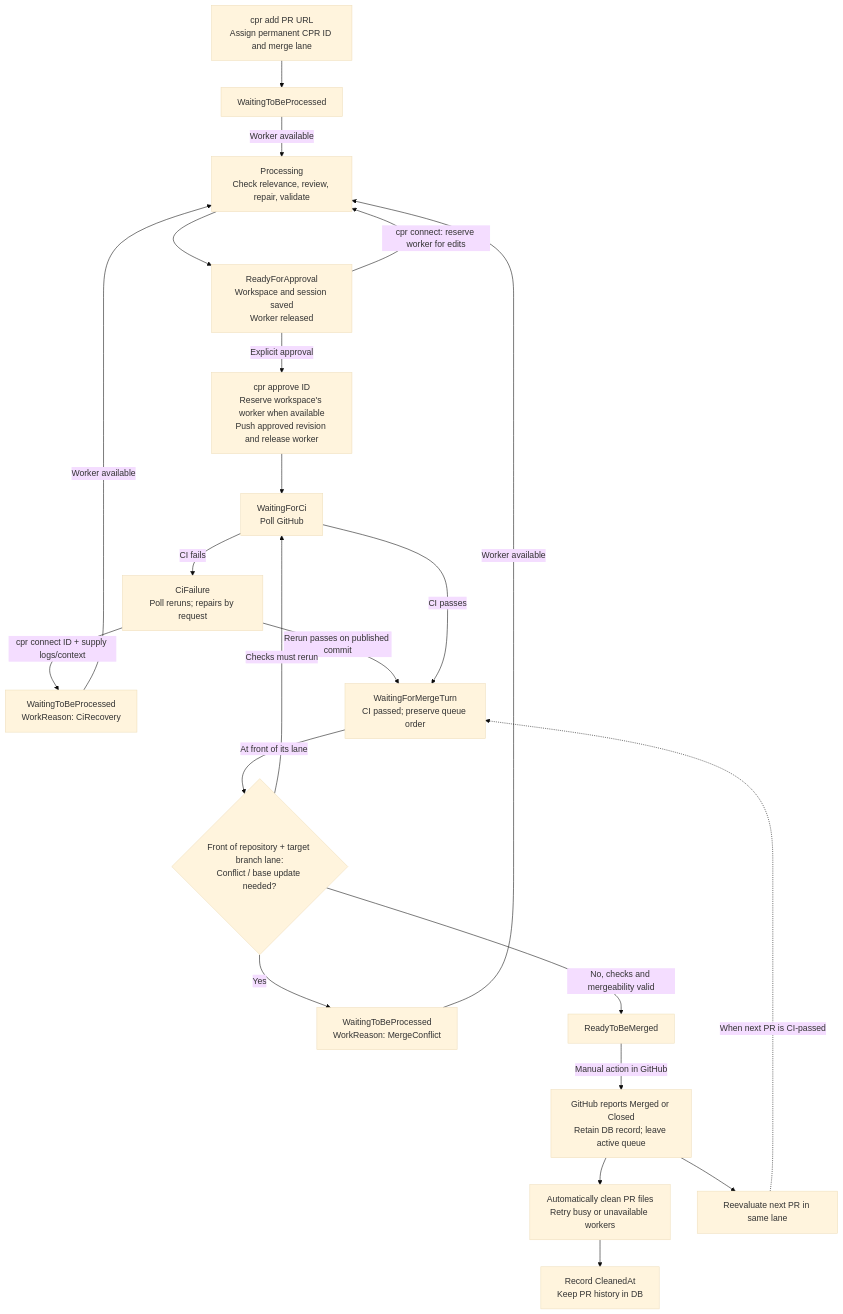
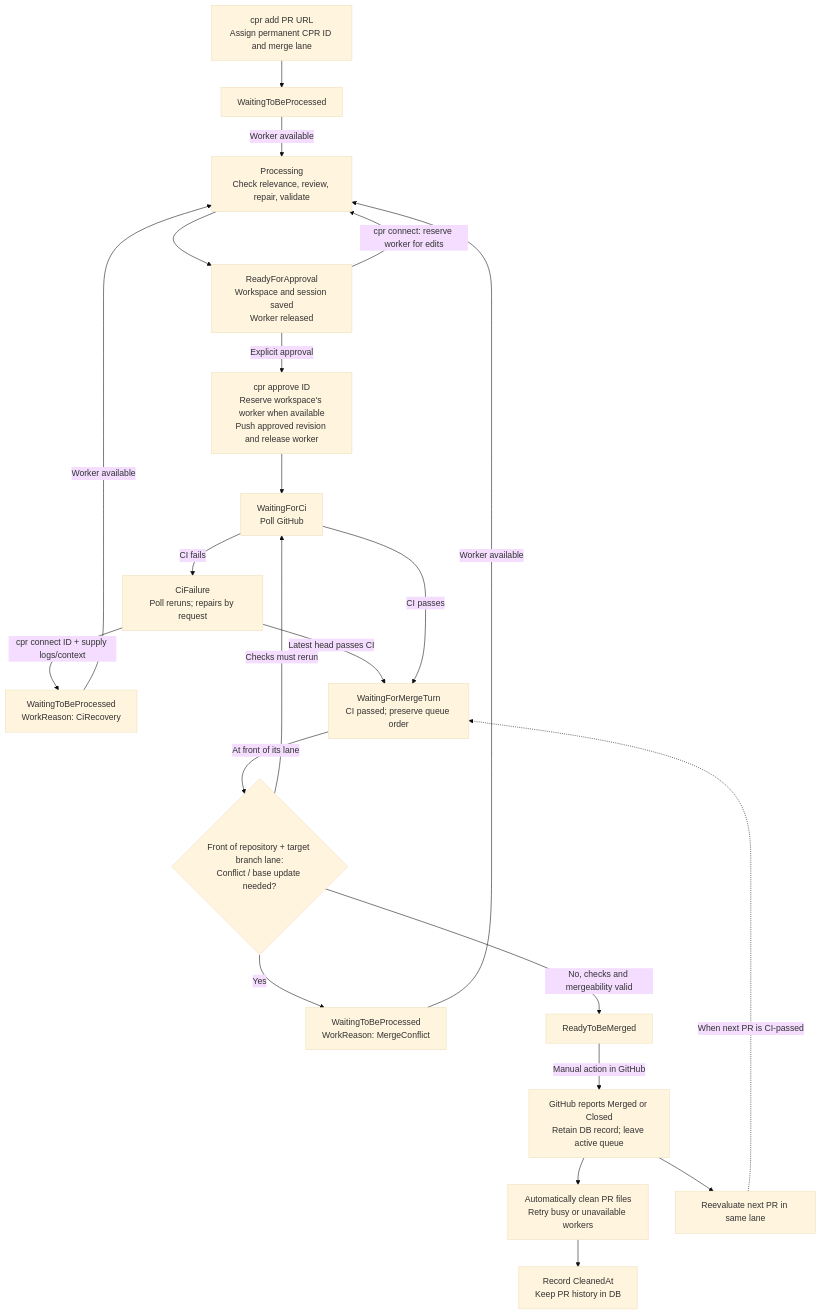
The diagram in README.md (chasse20/cpr), drawn with Mermaid (base theme) before and after one commit. The commit also changed other lines of this file and 6 other files, not shown here.

````diff
--- a/README.md
+++ b/README.md
@@ -20,41 +20,41 @@
 ```mermaid
 flowchart TD
     Add["cpr add PR URL<br/>Assign permanent CPR ID and merge lane"]
     Queue["WaitingToBeProcessed"]
     Work["Processing<br/>Check relevance, review, repair, validate"]
     Approve["ReadyForApproval<br/>Workspace and session saved<br/>Worker released"]
     Push["cpr approve ID<br/>Reserve workspace's worker when available<br/>Push approved revision and release worker"]
     CI["WaitingForCi<br/>Poll GitHub"]
     Fail["CiFailure<br/>Poll reruns; repairs by request"]
     CiRetry["WaitingToBeProcessed<br/>WorkReason: CiRecovery"]
     Turn["WaitingForMergeTurn<br/>CI passed; preserve queue order"]
     Check{"Front of repository + target branch lane:<br/>Conflict / base update needed?"}
     Conflict["WaitingToBeProcessed<br/>WorkReason: MergeConflict"]
     Ready["ReadyToBeMerged"]
     Closed["GitHub reports Merged or Closed<br/>Retain DB record; leave active queue"]
     Cleanup["Automatically clean PR files<br/>Retry busy or unavailable workers"]
     Cleaned["Record CleanedAt<br/>Keep PR history in DB"]
     Next["Reevaluate next PR in same lane"]
 
     Add --> Queue
     Queue -->|Worker available| Work
     Work --> Approve
     Approve -->|cpr connect: reserve worker for edits| Work
     Approve -->|Explicit approval| Push
     Push --> CI
     CI -->|CI fails| Fail
-    Fail -->|Rerun passes on published commit| Turn
+    Fail -->|Latest head passes CI| Turn
     Fail -->|cpr connect ID + supply logs/context| CiRetry
     CiRetry -->|Worker available| Work
     CI -->|CI passes| Turn
     Turn -->|At front of its lane| Check
     Check -->|Yes| Conflict
     Conflict -->|Worker available| Work
     Check -->|No, checks and mergeability valid| Ready
     Check -->|Checks must rerun| CI
     Ready -->|Manual action in GitHub| Closed
     Closed --> Next
     Closed --> Cleanup
     Cleanup --> Cleaned
     Next -.->|When next PR is CI-passed| Turn
 ```
````
